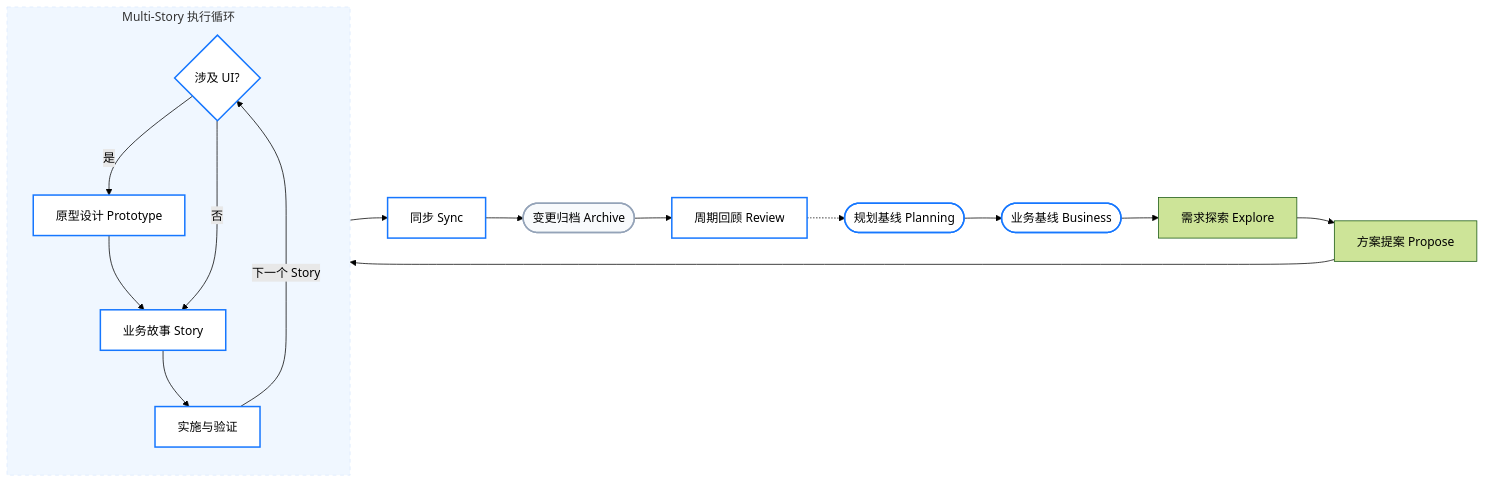
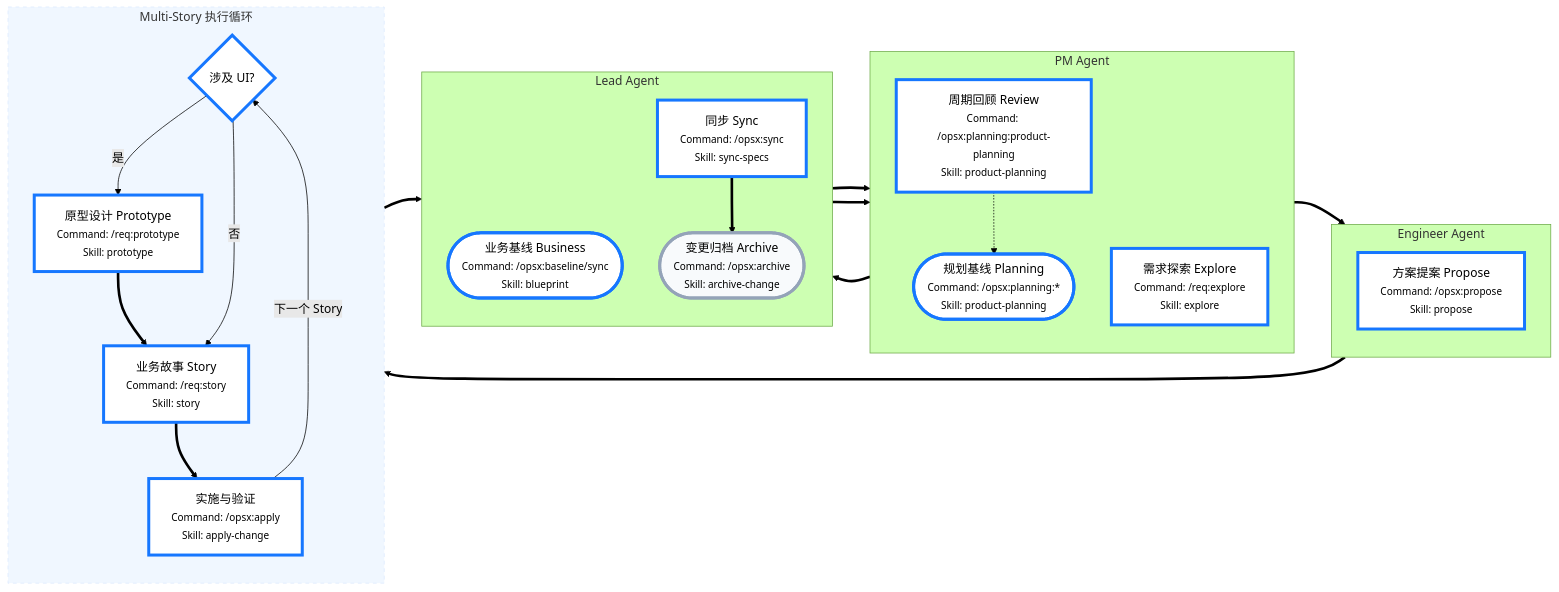
Before and after one commit to jkang/openspec-example: the second of 3 diagrams in learning-sdd/TALK_PRD_TO_SPECS.md, drawn with Mermaid (forest theme). The commit also changed other lines of this file and 1 other file, not shown here.

````diff
--- a/learning-sdd/TALK_PRD_TO_SPECS.md
+++ b/learning-sdd/TALK_PRD_TO_SPECS.md
@@ -66,36 +75,51 @@
 ```mermaid
 flowchart LR
-    A([规划基线 Planning]) --> B([业务基线 Business])
-    B --> C[需求探索 Explore]
-    C --> D[方案提案 Propose]
-    
+    subgraph PMAgent [PM Agent]
+        direction TB
+        A([规划基线 Planning<br/><small>Command: /opsx:planning:*<br/>Skill: product-planning</small>])
+        C[需求探索 Explore<br/><small>Command: /req:explore<br/>Skill: explore</small>]
+        K[周期回顾 Review<br/><small>Command: /opsx:planning:product-planning<br/>Skill: product-planning</small>]
+    end
+
+    subgraph LeadAgent2 [Lead Agent]
+        direction TB
+        B([业务基线 Business<br/><small>Command: /opsx:baseline/sync<br/>Skill: blueprint</small>])
+        I[同步 Sync<br/><small>Command: /opsx:sync<br/>Skill: sync-specs</small>]
+        J([变更归档 Archive<br/><small>Command: /opsx:archive<br/>Skill: archive-change</small>])
+    end
+
+    subgraph EngineerAgent2 [Engineer Agent]
+        direction TB
+        D[方案提案 Propose<br/><small>Command: /opsx:propose<br/>Skill: propose</small>]
+    end
+
     subgraph MultiStoryLoop [Multi-Story 执行循环]
         direction TB
         E{涉及 UI?}
-        F[原型设计 Prototype]
-        G[业务故事 Story]
-        H[实施与验证]
+        F[原型设计 Prototype<br/><small>Command: /req:prototype<br/>Skill: prototype</small>]
+        G[业务故事 Story<br/><small>Command: /req:story<br/>Skill: story</small>]
+        H[实施与验证<br/><small>Command: /opsx:apply<br/>Skill: apply-change</small>]
     end
-    
-    D --> E
-    E -- 是 --> F --> G
+
+    A ==> B ==> C ==> D ==> E
+    E -- 是 --> F ==> G
     E -- 否 --> G
-    G --> H
+    G ==> H
     H -- 下一个 Story --> E
     
-    H --> I[同步 Sync]
-    I --> J([变更归档 Archive])
-    J --> K[周期回顾 Review]
+    H ==> I ==> J ==> K
     K -.-> A
 
-    style A fill:#fff,stroke:#1677ff,stroke-width:2px
-    style B fill:#fff,stroke:#1677ff,stroke-width:2px
+    style A fill:#fff,stroke:#1677ff,stroke-width:4px
+    style B fill:#fff,stroke:#1677ff,stroke-width:4px
+    style C fill:#fff,stroke:#1677ff,stroke-width:4px
+    style D fill:#fff,stroke:#1677ff,stroke-width:4px
     style MultiStoryLoop fill:#f0f7ff,stroke:#dbeafe,stroke-dasharray: 5 5
-    style E fill:#fff,stroke:#1677ff,stroke-width:2px
-    style F fill:#fff,stroke:#1677ff,stroke-width:2px
-    style G fill:#fff,stroke:#1677ff,stroke-width:2px
-    style H fill:#fff,stroke:#1677ff,stroke-width:2px
-    style I fill:#fff,stroke:#1677ff,stroke-width:2px
-    style J fill:#f8fafc,stroke:#94a3b8,stroke-width:2px
-    style K fill:#fff,stroke:#1677ff,stroke-width:2px
+    style E fill:#fff,stroke:#1677ff,stroke-width:4px
+    style F fill:#fff,stroke:#1677ff,stroke-width:4px
+    style G fill:#fff,stroke:#1677ff,stroke-width:4px
+    style H fill:#fff,stroke:#1677ff,stroke-width:4px
+    style I fill:#fff,stroke:#1677ff,stroke-width:4px
+    style J fill:#f8fafc,stroke:#94a3b8,stroke-width:4px
+    style K fill:#fff,stroke:#1677ff,stroke-width:4px
 ```
````
